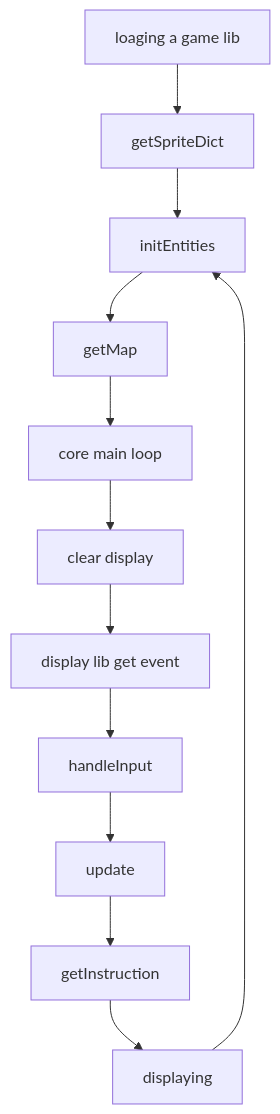
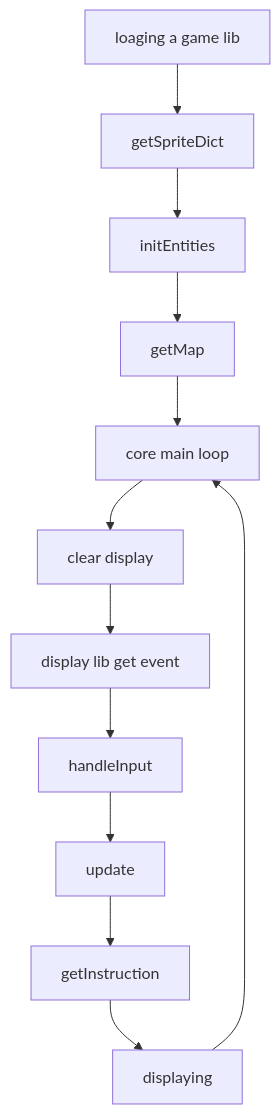
Before and after one commit to ASM-Studios/ArcadeInterfaces: the second of 2 diagrams in ReadMe.md, drawn with Mermaid.

Commit message:
[FIX] schema for game management

````diff
--- a/ReadMe.md
+++ b/ReadMe.md
@@ -319,15 +319,15 @@
 ```mermaid
   graph TD;
     A[loaging a game lib] --> B[getSpriteDict]
     B --> C[initEntities];
     C --> D[getMap];
     D --> E[core main loop];
     E --> F[clear display];
     F --> G[display lib get event];
     G --> H[handleInput];
     H --> I[update];
     I --> J[getInstruction];
     J --> K[displaying];
-    K --> C;
+    K --> E;
 
 ```
````
